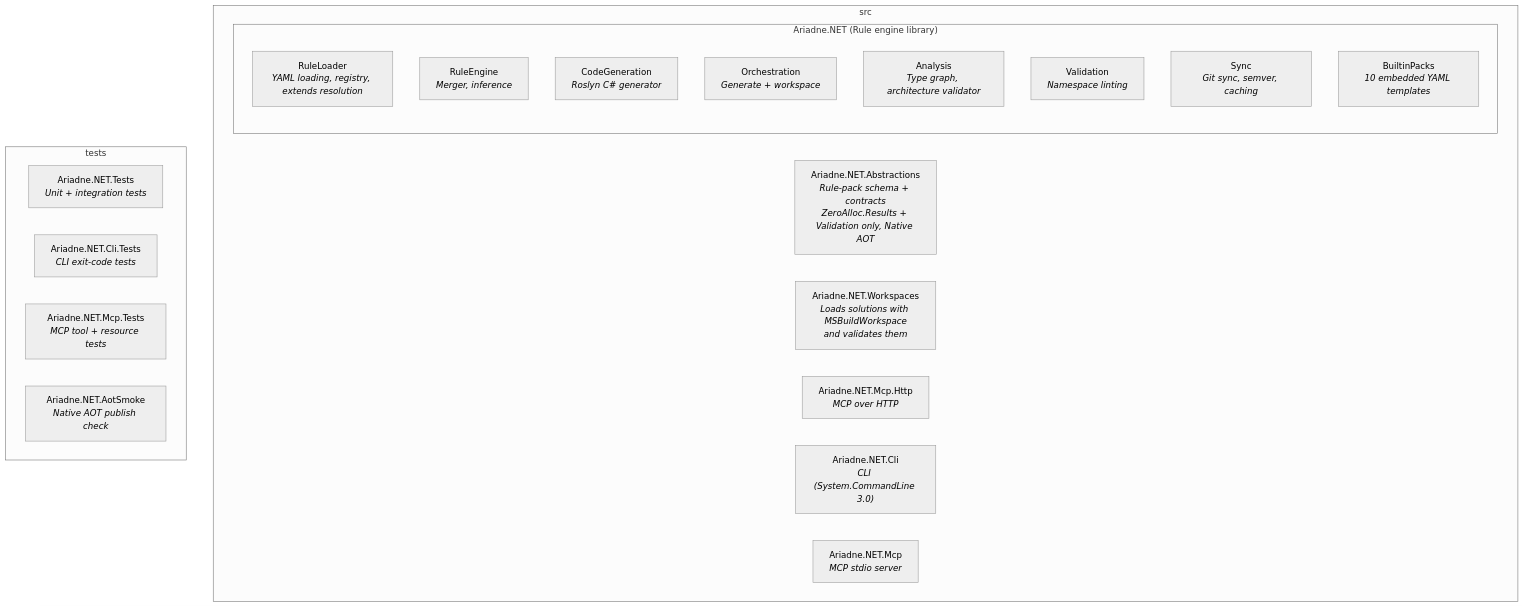
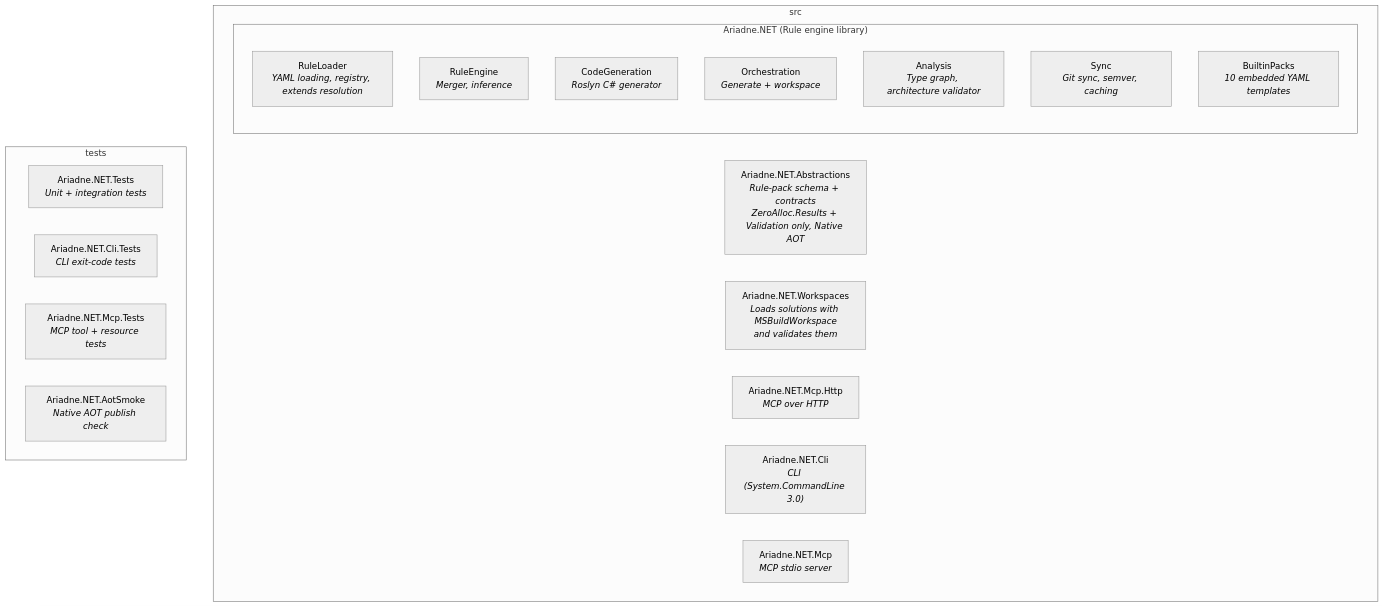
Before and after one commit to MarcelRoozekrans/Ariadne.NET: the first of 4 diagrams in docs-site/docs/how-it-works/02-architecture.md, drawn with Mermaid (neutral theme). The commit also changed other lines of this file and 173 other files, not shown here.

First line of the commit message:
feat!: rule schema v2 with selectors, forbid and allowOnly rules (#35)

````diff
--- a/docs-site/docs/how-it-works/02-architecture.md
+++ b/docs-site/docs/how-it-works/02-architecture.md
@@ -9,27 +9,26 @@
 ```mermaid
 graph TD
     subgraph src
         Abstractions["Ariadne.NET.Abstractions<br/><i>Rule-pack schema + contracts<br/>ZeroAlloc.Results + Validation only, Native AOT</i>"]
         subgraph Ariadne.NET["Ariadne.NET (Rule engine library)"]
             RuleLoader["RuleLoader<br/><i>YAML loading, registry, extends resolution</i>"]
             RuleEngine["RuleEngine<br/><i>Merger, inference</i>"]
             CodeGeneration["CodeGeneration<br/><i>Roslyn C# generator</i>"]
             Orchestration["Orchestration<br/><i>Generate + workspace</i>"]
             Analysis["Analysis<br/><i>Type graph, architecture validator</i>"]
-            Validation["Validation<br/><i>Namespace linting</i>"]
             Sync["Sync<br/><i>Git sync, semver, caching</i>"]
             BuiltinPacks["BuiltinPacks<br/><i>10 embedded YAML templates</i>"]
         end
         Workspaces["Ariadne.NET.Workspaces<br/><i>Loads solutions with MSBuildWorkspace<br/>and validates them</i>"]
         HostApi["Ariadne.NET.Mcp.Http<br/><i>MCP over HTTP</i>"]
         HostCli["Ariadne.NET.Cli<br/><i>CLI (System.CommandLine 3.0)</i>"]
         HostMcp["Ariadne.NET.Mcp<br/><i>MCP stdio server</i>"]
     end
 
     subgraph tests
         CoreTests["Ariadne.NET.Tests<br/><i>Unit + integration tests</i>"]
         CliTests["Ariadne.NET.Cli.Tests<br/><i>CLI exit-code tests</i>"]
         McpTests["Ariadne.NET.Mcp.Tests<br/><i>MCP tool + resource tests</i>"]
         AotSmoke["Ariadne.NET.AotSmoke<br/><i>Native AOT publish check</i>"]
     end
 ```
````
